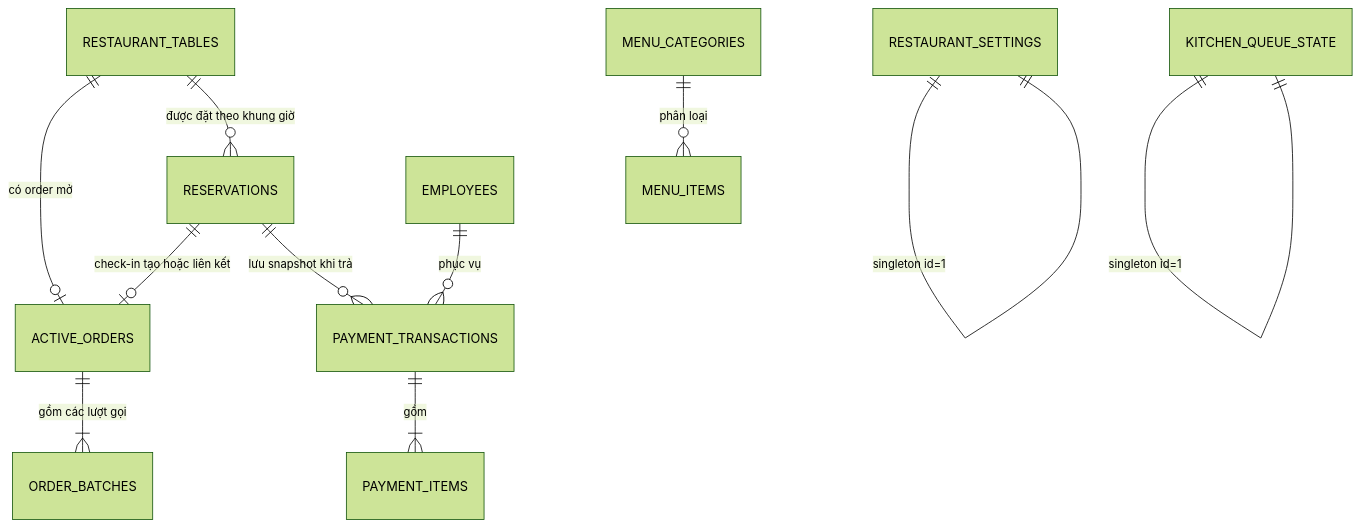
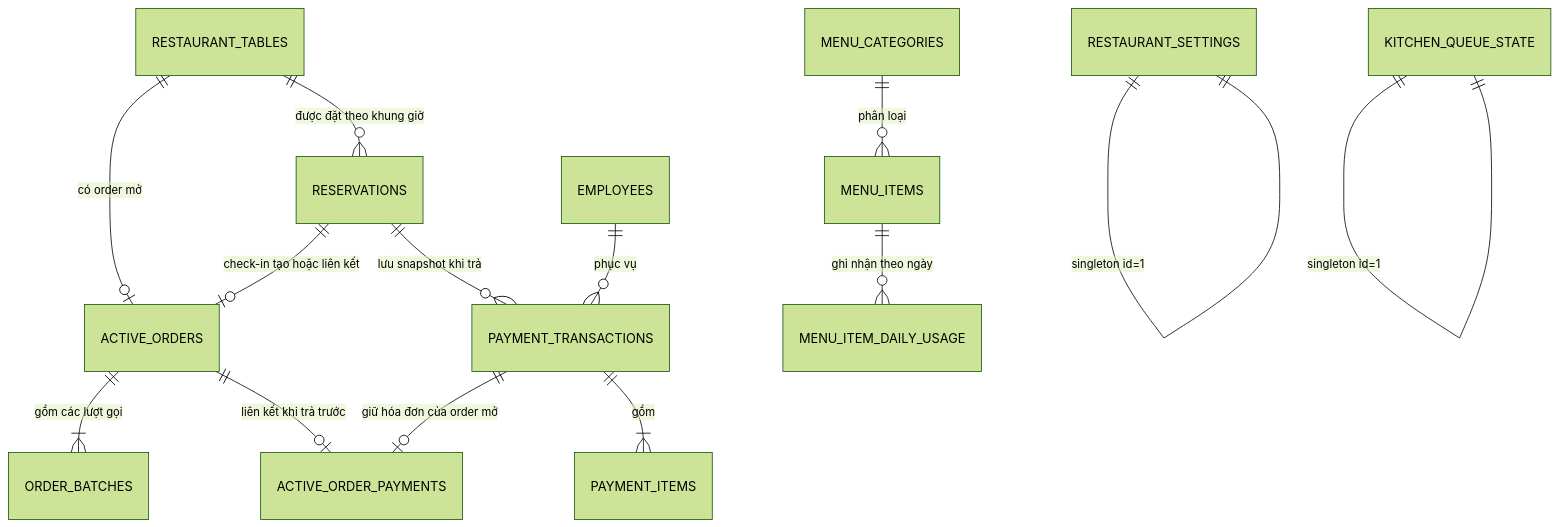
Before and after one commit to Bao0807/Restaurant_CASv2: the second of 2 diagrams in README.md, drawn with Mermaid (forest theme). The commit also changed other lines of this file and 40 other files, not shown here.

````diff
--- a/README.md
+++ b/README.md
@@ -266,13 +282,16 @@
 ```mermaid
 erDiagram
   RESTAURANT_TABLES ||--o| ACTIVE_ORDERS : "có order mở"
   RESTAURANT_TABLES ||--o{ RESERVATIONS : "được đặt theo khung giờ"
   RESERVATIONS ||--o| ACTIVE_ORDERS : "check-in tạo hoặc liên kết"
   RESERVATIONS ||--o{ PAYMENT_TRANSACTIONS : "lưu snapshot khi trả"
   ACTIVE_ORDERS ||--|{ ORDER_BATCHES : "gồm các lượt gọi"
+  ACTIVE_ORDERS ||--o| ACTIVE_ORDER_PAYMENTS : "liên kết khi trả trước"
+  PAYMENT_TRANSACTIONS ||--o| ACTIVE_ORDER_PAYMENTS : "giữ hóa đơn của order mở"
   MENU_CATEGORIES ||--o{ MENU_ITEMS : "phân loại"
+  MENU_ITEMS ||--o{ MENU_ITEM_DAILY_USAGE : "ghi nhận theo ngày"
   EMPLOYEES ||--o{ PAYMENT_TRANSACTIONS : "phục vụ"
   PAYMENT_TRANSACTIONS ||--|{ PAYMENT_ITEMS : "gồm"
   RESTAURANT_SETTINGS ||--|| RESTAURANT_SETTINGS : "singleton id=1"
   KITCHEN_QUEUE_STATE ||--|| KITCHEN_QUEUE_STATE : "singleton id=1"
 ```
````
